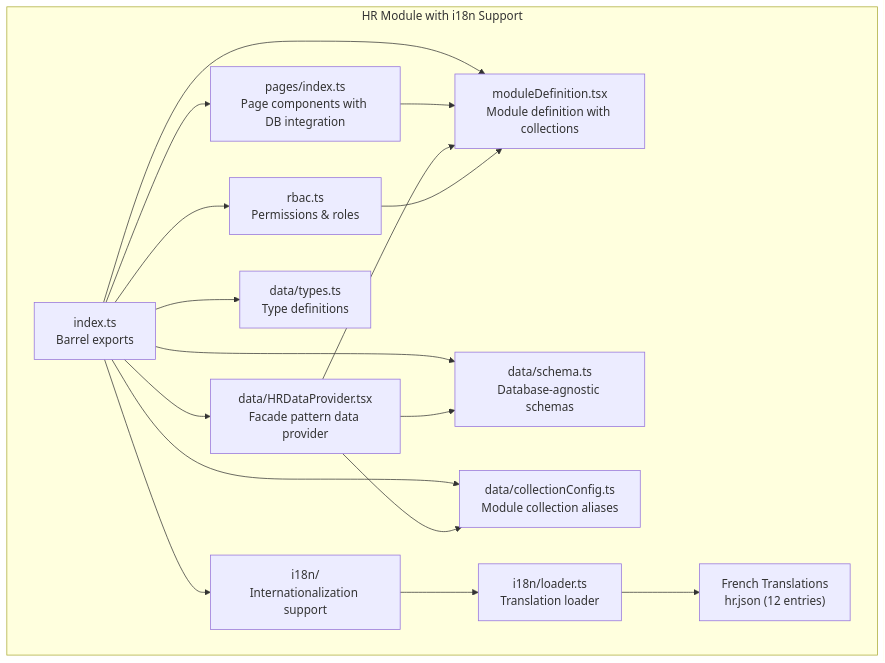
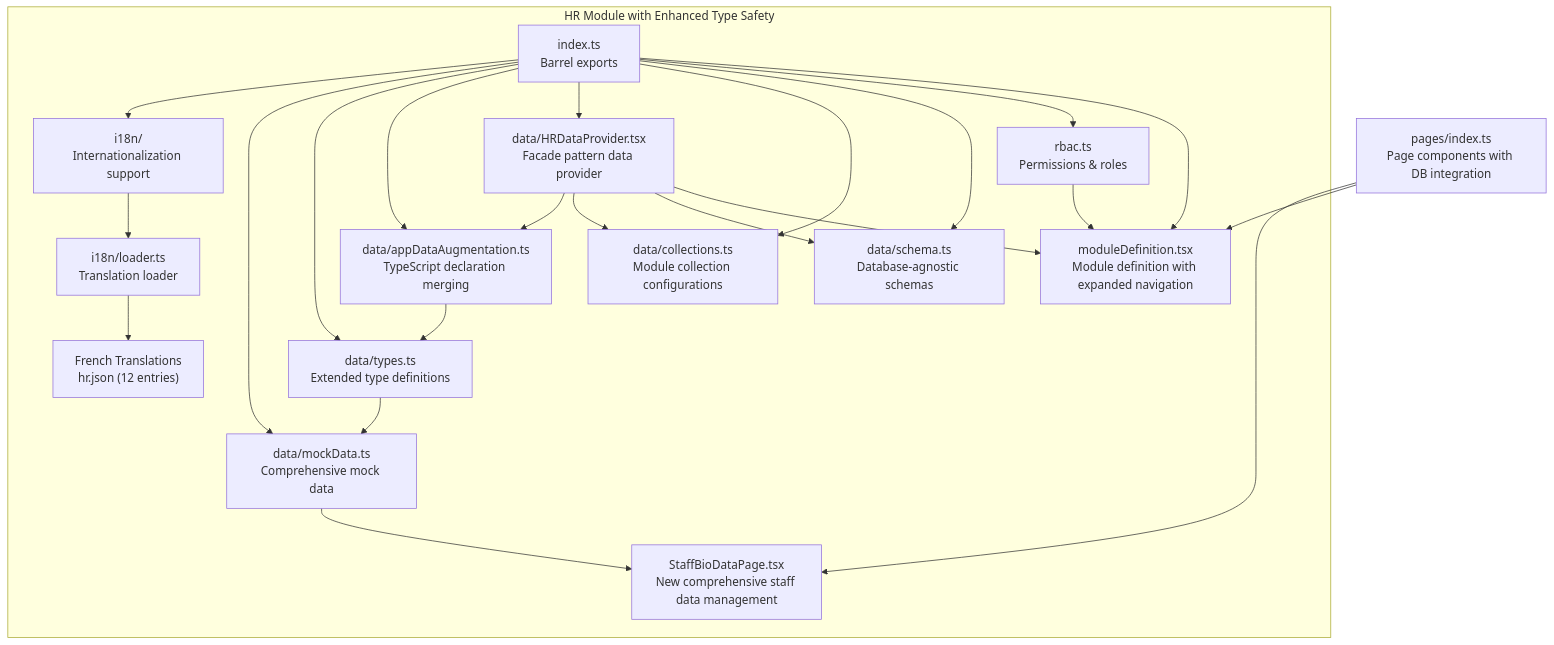
Before and after one commit to geniusdynamics/schoolpilot: the first of 15 diagrams in .qoder/repowiki/en/content/Modules System/HR Module.md, drawn with Mermaid. The commit also changed other lines of this file and 54 other files, not shown here.

First line of the commit message:
Comprehensive update: RBAC enhancements, data migration cleanup, UI components, and documentation refresh

````diff
--- a/.qoder/repowiki/en/content/Modules System/HR Module.md
+++ b/.qoder/repowiki/en/content/Modules System/HR Module.md
@@ -60,31 +71,39 @@
 ```mermaid
 graph TB
-subgraph "HR Module with i18n Support"
+subgraph "HR Module with Enhanced Type Safety"
 IDX["index.ts<br/>Barrel exports"]
-MOD["moduleDefinition.tsx<br/>Module definition with collections"]
+MOD["moduleDefinition.tsx<br/>Module definition with expanded navigation"]
 RBAC["rbac.ts<br/>Permissions & roles"]
 SCHEMA["data/schema.ts<br/>Database-agnostic schemas"]
-CONFIG["data/collectionConfig.ts<br/>Module collection aliases"]
+COLLECTIONS["data/collections.ts<br/>Module collection configurations"]
 DATA["data/HRDataProvider.tsx<br/>Facade pattern data provider"]
-PAGES["pages/index.ts<br/>Page components with DB integration"]
-TYPES["data/types.ts<br/>Type definitions"]
+AUG["data/appDataAugmentation.ts<br/>TypeScript declaration merging"]
+TYPES["data/types.ts<br/>Extended type definitions"]
+MOCK["data/mockData.ts<br/>Comprehensive mock data"]
 I18N["i18n/<br/>Internationalization support"]
 LOADER["i18n/loader.ts<br/>Translation loader"]
 END["French Translations<br/>hr.json (12 entries)"]
+STAFFBIO["StaffBioDataPage.tsx<br/>New comprehensive staff data management"]
 end
 IDX --> MOD
 IDX --> RBAC
 IDX --> SCHEMA
-IDX --> CONFIG
+IDX --> COLLECTIONS
 IDX --> DATA
-IDX --> PAGES
+IDX --> AUG
 IDX --> TYPES
+IDX --> MOCK
 IDX --> I18N
 I18N --> LOADER
 LOADER --> END
-PAGES --> MOD
+PAGES["pages/index.ts<br/>Page components with DB integration"] --> MOD
+PAGES --> STAFFBIO
 DATA --> MOD
 DATA --> SCHEMA
-DATA --> CONFIG
+DATA --> COLLECTIONS
+DATA --> AUG
+TYPES --> MOCK
+MOCK --> STAFFBIO
 RBAC --> MOD
+AUG --> TYPES
 ```
````
